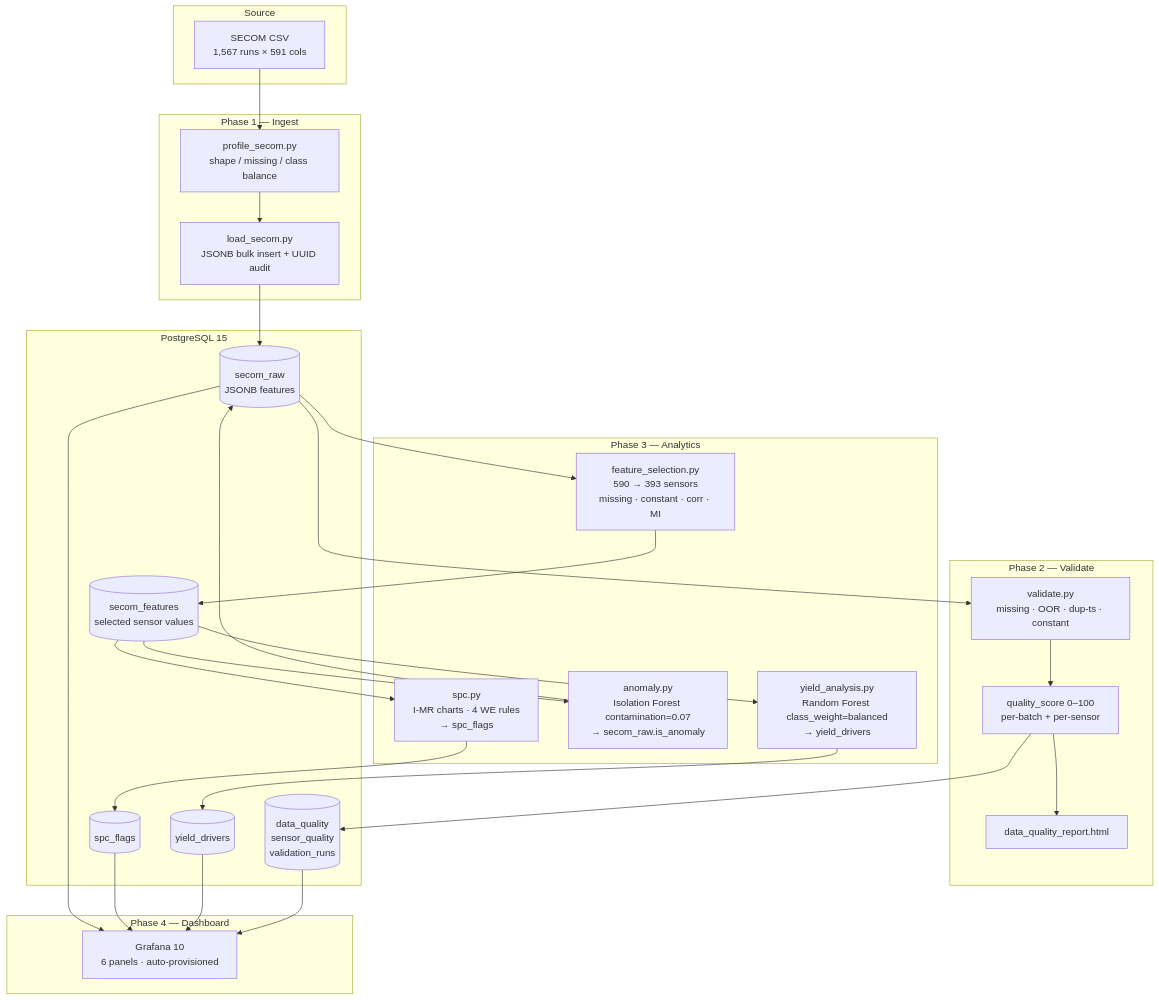
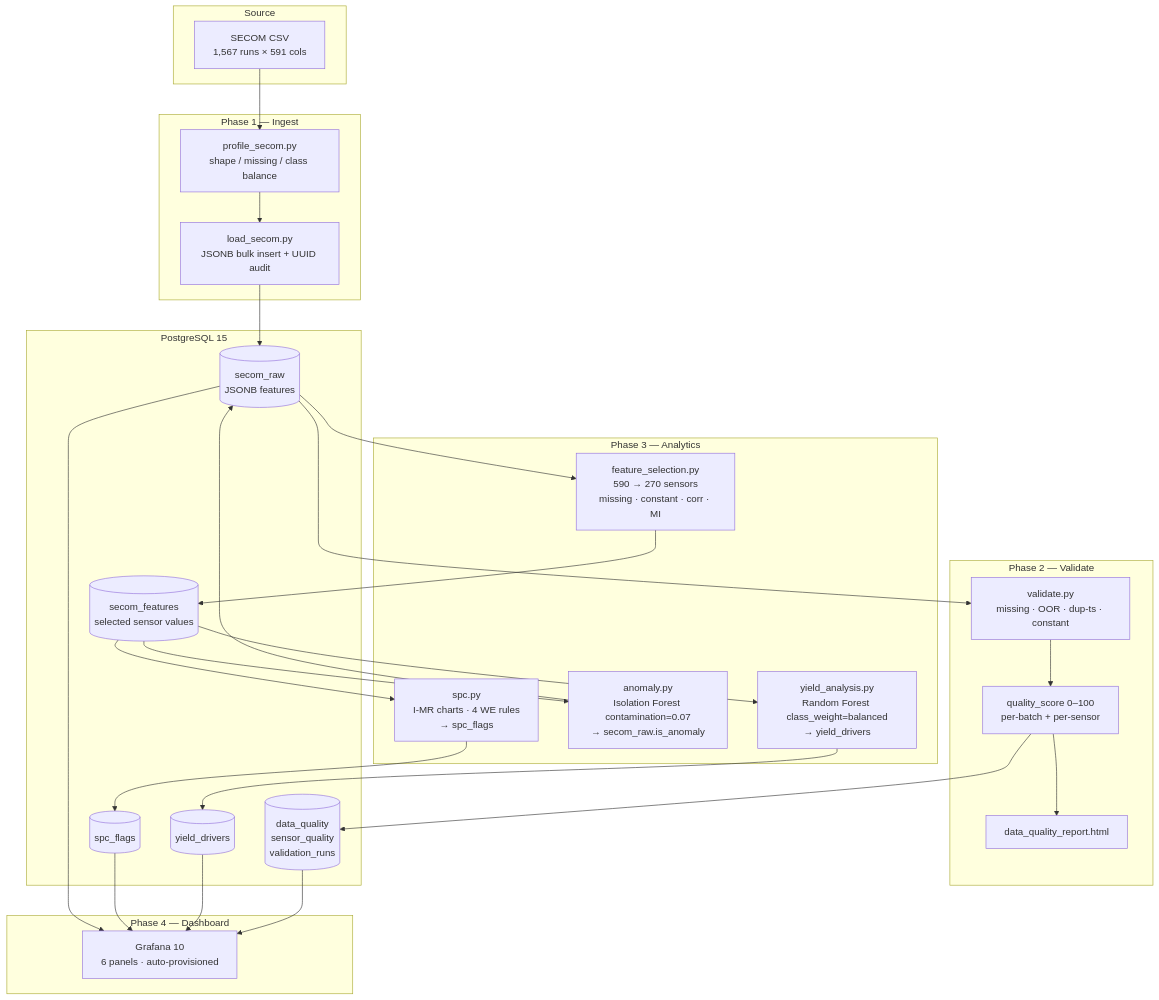
One commit to Narotam47/SENTINEL changed the diagram in README.md. Above: the diagram before and after it, drawn with Mermaid. The commit also changed other lines of this file and 2 other files, not shown here.

````diff
--- a/README.md
+++ b/README.md
@@ -12,45 +12,45 @@
 ```mermaid
 flowchart TD
     subgraph Source
         A[SECOM CSV\n1,567 runs × 591 cols]
     end
 
     subgraph Ingest["Phase 1 — Ingest"]
         B[profile_secom.py\nshape / missing / class balance]
         C[load_secom.py\nJSONB bulk insert + UUID audit]
     end
 
     subgraph Validate["Phase 2 — Validate"]
         D[validate.py\nmissing · OOR · dup-ts · constant]
         E[quality_score 0–100\nper-batch + per-sensor]
         F[data_quality_report.html]
     end
 
     subgraph Analytics["Phase 3 — Analytics"]
-        G[feature_selection.py\n590 → 393 sensors\nmissing · constant · corr · MI]
+        G[feature_selection.py\n590 → 270 sensors\nmissing · constant · corr · MI]
         H[spc.py\nI-MR charts · 4 WE rules\n→ spc_flags]
         I[anomaly.py\nIsolation Forest contamination=0.07\n→ secom_raw.is_anomaly]
         J[yield_analysis.py\nRandom Forest class_weight=balanced\n→ yield_drivers]
     end
 
     subgraph Dashboard["Phase 4 — Dashboard"]
         K[Grafana 10\n6 panels · auto-provisioned]
     end
 
     subgraph DB["PostgreSQL 15"]
         L[(secom_raw\nJSONB features)]
         M[(secom_features\nselected sensor values)]
         N[(spc_flags)]
         O[(yield_drivers)]
         P[(data_quality\nsensor_quality\nvalidation_runs)]
     end
 
     A --> B --> C --> L
     L --> D --> E --> P
     E --> F
     L --> G --> M
     M --> H --> N
     M --> I --> L
     M --> J --> O
     L & N & O & P --> K
 ```
````
